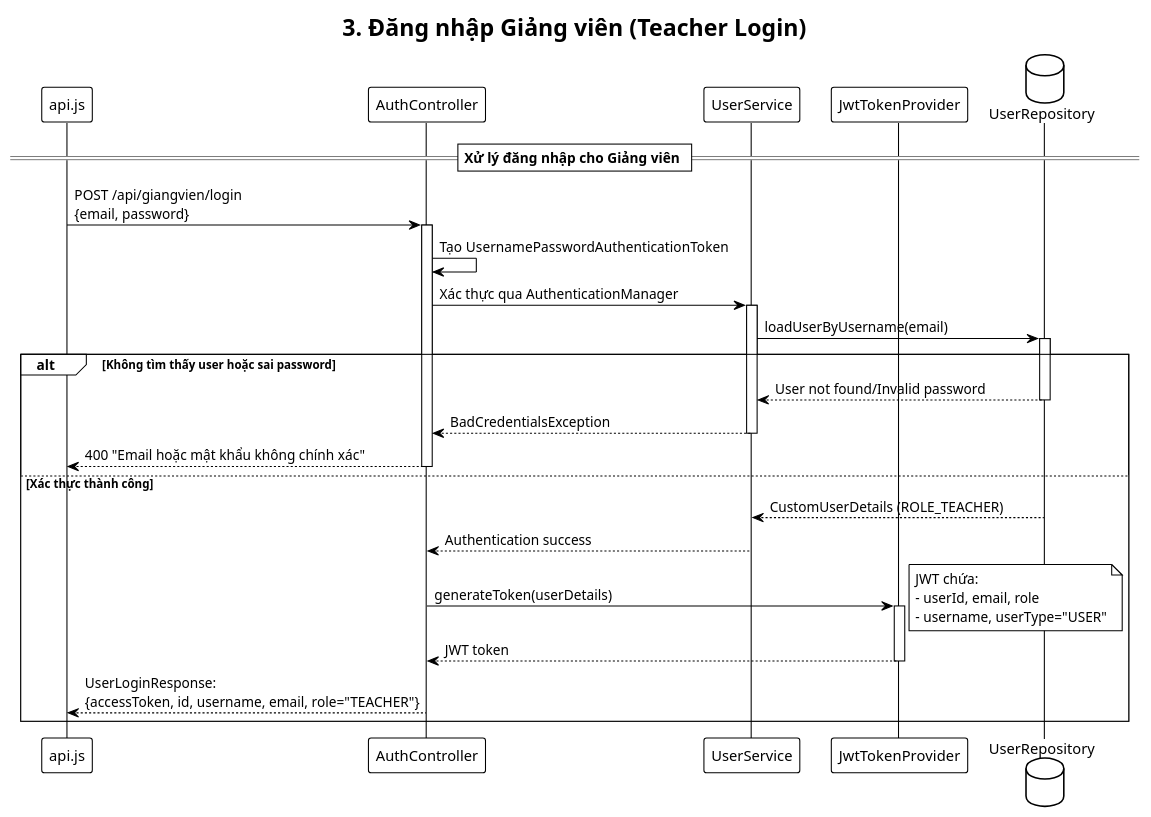
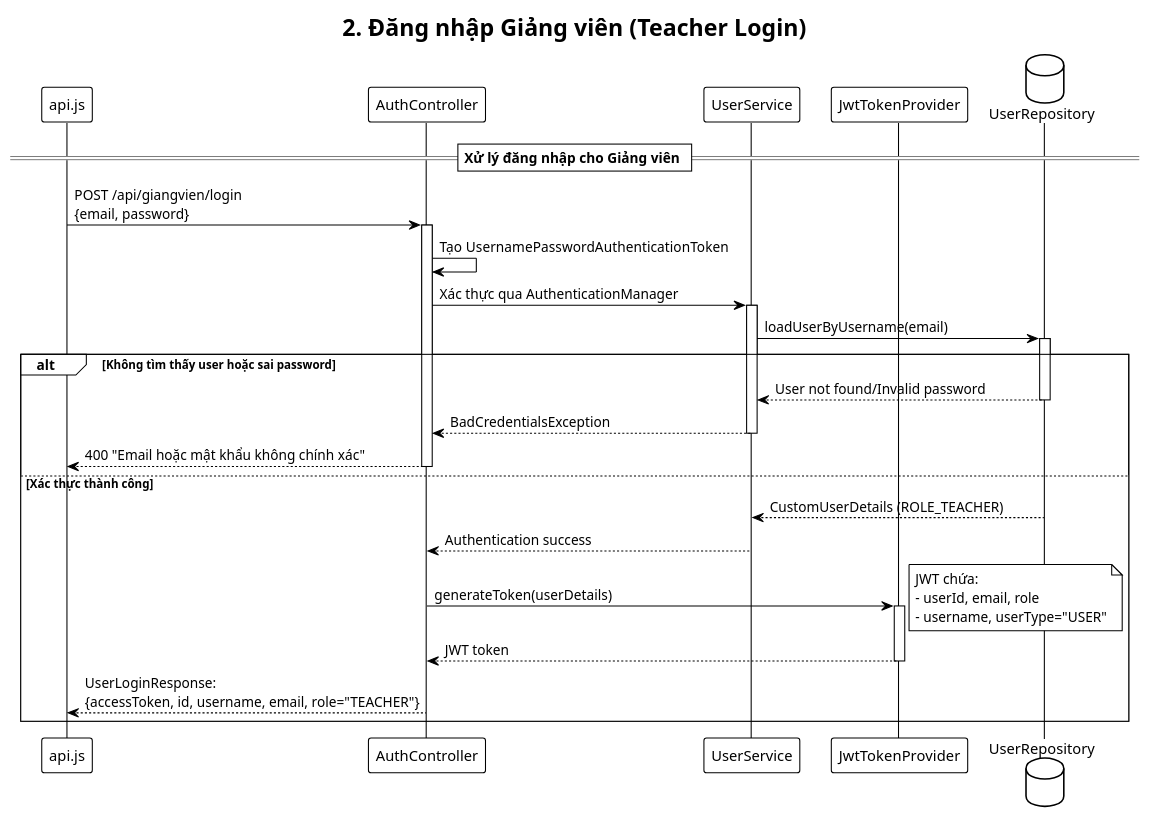
One commit to truong-backend/He-Thong-Diem-Danh-STU changed the diagram in src/main/java/vn/diemdanh/hethong/UML/XuLy/DanhNhap_XacThuc_PhanQuyen/BE_XacThucGiangVien.puml. Above: the diagram before and after it, drawn with PlantUML. The commit also changed 84 other files, not shown here.

Commit message:
Sequence các quản lý tài khoản

```diff
--- a/src/main/java/vn/diemdanh/hethong/UML/XuLy/DanhNhap_XacThuc_PhanQuyen/BE_XacThucGiangVien.puml
+++ b/src/main/java/vn/diemdanh/hethong/UML/XuLy/DanhNhap_XacThuc_PhanQuyen/BE_XacThucGiangVien.puml
@@ -1,47 +1,47 @@
 @startuml
 !theme plain
-title 3. Đăng nhập Giảng viên (Teacher Login)
+title 2. Đăng nhập Giảng viên (Teacher Login)
 
 participant "api.js" as API
 participant "AuthController" as AUTH
 participant "UserService" as US
 participant "JwtTokenProvider" as JWT
 database "UserRepository" as UR
 
 == Xử lý đăng nhập cho Giảng viên ==
 
 API -> AUTH: POST /api/giangvien/login\n{email, password}
 activate AUTH
 
 AUTH -> AUTH: Tạo UsernamePasswordAuthenticationToken
 AUTH -> US: Xác thực qua AuthenticationManager
 activate US
 
 US -> UR: loadUserByUsername(email)
 activate UR
 
 alt Không tìm thấy user hoặc sai password
     UR --> US: User not found/Invalid password
     deactivate UR
     US --> AUTH: BadCredentialsException
     deactivate US
     AUTH --> API: 400 "Email hoặc mật khẩu không chính xác"
     deactivate AUTH
 else Xác thực thành công
     UR --> US: CustomUserDetails (ROLE_TEACHER)
     deactivate UR
 
     US --> AUTH: Authentication success
     deactivate US
 
     AUTH -> JWT: generateToken(userDetails)
     activate JWT
     note right: JWT chứa:\n- userId, email, role\n- username, userType="USER"
     JWT --> AUTH: JWT token
     deactivate JWT
 
     AUTH --> API: UserLoginResponse:\n{accessToken, id, username, email, role="TEACHER"}
     deactivate AUTH
 end
 
 @enduml
```
